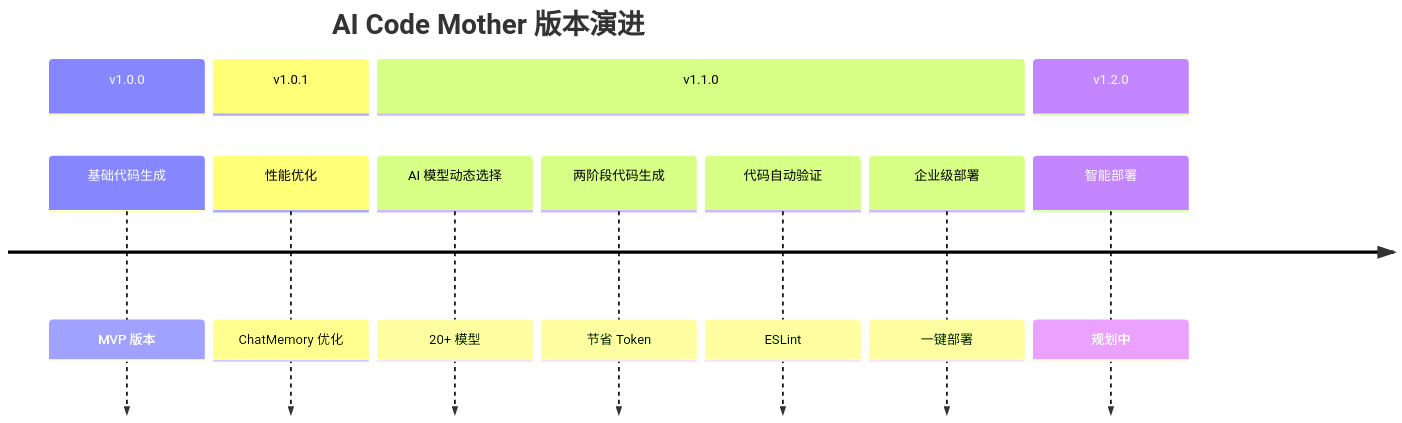
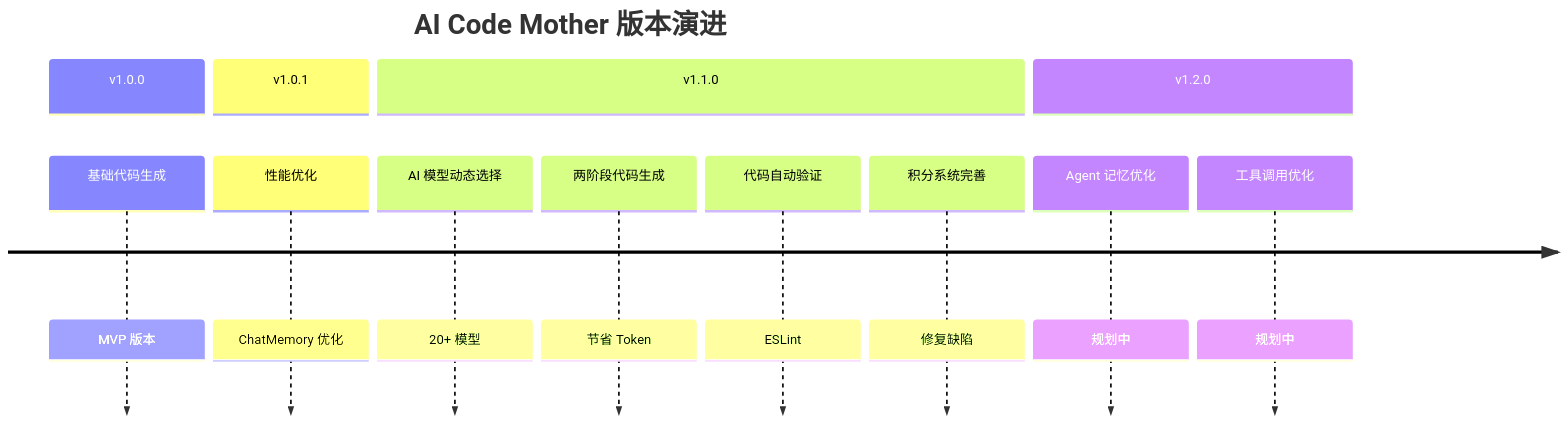
Before and after one commit to vasc-language/ai-code-mother: diagram 14 of 18 in 公告.md, drawn with Mermaid. The commit also changed other lines of this file, not shown here.

````diff
--- a/公告.md
+++ b/公告.md
@@ -634,19 +633,20 @@
 ```mermaid
 timeline
     title AI Code Mother 版本演进
 
     section v1.0.0
         基础代码生成 : MVP 版本
 
     section v1.0.1
         性能优化 : ChatMemory 优化
 
     section v1.1.0
         AI 模型动态选择 : 20+ 模型
         两阶段代码生成 : 节省 Token
         代码自动验证 : ESLint
-        企业级部署 : 一键部署
+        积分系统完善 : 修复缺陷
 
     section v1.2.0
-        智能部署 : 规划中
+        Agent 记忆优化 : 规划中
+        工具调用优化 : 规划中
 ```
````
